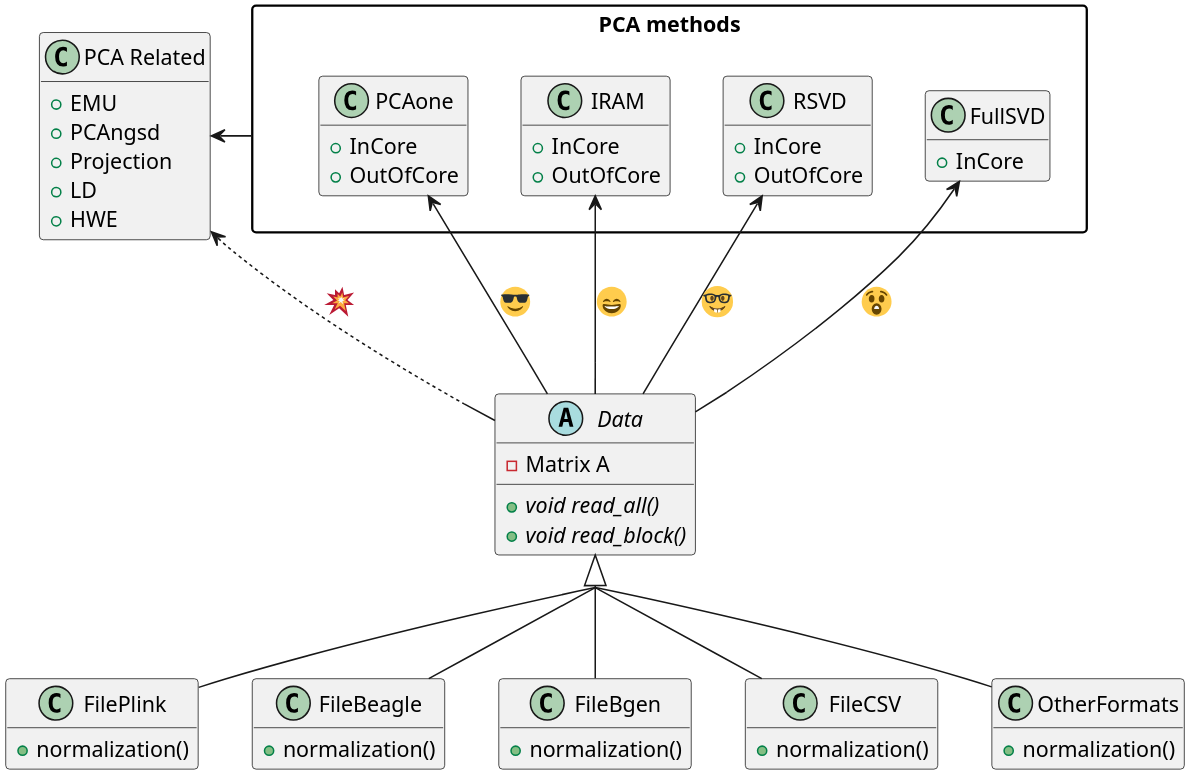
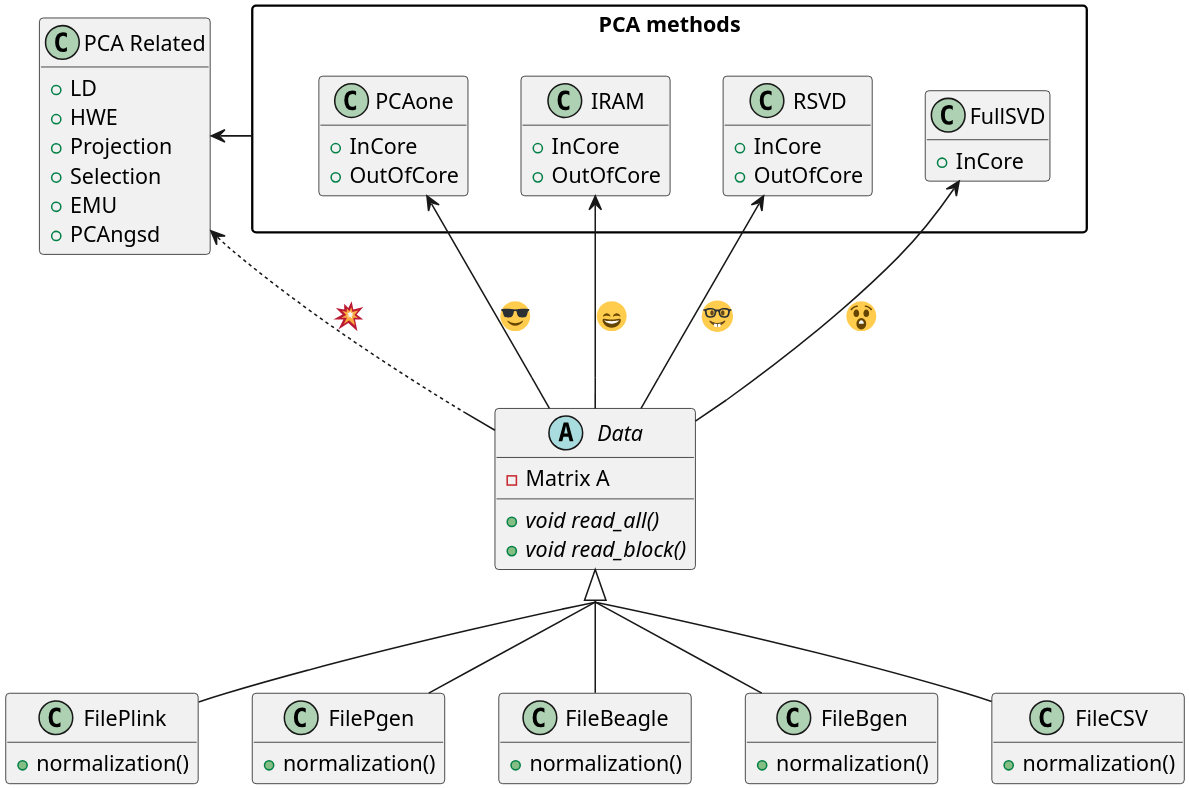
One commit to Zilong-Li/PCAone changed the second of 2 diagrams in misc/architecture.org. Above: the diagram before and after it, drawn with PlantUML. The commit also changed 87 other files, not shown here.

```diff
--- a/misc/architecture.org
+++ b/misc/architecture.org
@@ -18,64 +18,65 @@
 #+begin_src plantuml :file architecture.png
 skinparam dpi 300
-skinparam defaultFontName FiraCode Nerd Font Med
+skinparam defaultFontName FiraCode Nerd Font
 skinparam groupInheritance 2
 skinparam packageStyle rectangle
 hide empty fields
 hide empty members
 abstract class Data {
   -Matrix A
   +void {abstract} read_all()
   +void {abstract} read_block()
 }
 Data <|-- FilePlink
+Data <|-- FilePgen
 Data <|-- FileBeagle
 Data <|-- FileBgen
 Data <|-- FileCSV
-Data <|-- OtherFormats
 class FilePlink {
+  +normalization()
+}
+class FilePgen {
   +normalization()
 }
 class FileBeagle {
   +normalization()
 }
 class FileBgen {
   +normalization()
 }
 class FileCSV {
-  +normalization()
-}
-class OtherFormats {
   +normalization()
 }
 package "PCA methods" as PCA {
   class PCAone {
     +InCore
     +OutOfCore
   }
   class IRAM {
     +InCore
     +OutOfCore
   }
   class RSVD {
     +InCore
     +OutOfCore
   }
   class FullSVD {
     +InCore
   }
 }
 
 class "PCA Related" as PCAem {
+  +LD
+  +HWE
+  +Projection
+  +Selection
   +EMU
   +PCAngsd
-  +Projection
-  +LD
-  +HWE
 }
 FullSVD <-- Data: <:astonished:>
 IRAM <-- Data: <:smile:>
 RSVD <-- Data: <:nerd_face:>
 PCAone <-- Data: <:sunglasses:> 
-PCA -left-> PCAem 
 Data -left[dashed]-> PCAem: <:boom:> 
+PCA -left-> PCAem
 #+end_src
```
